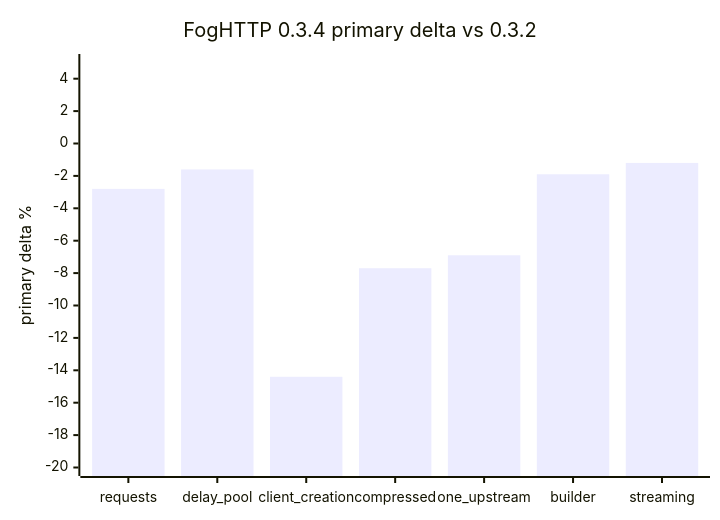
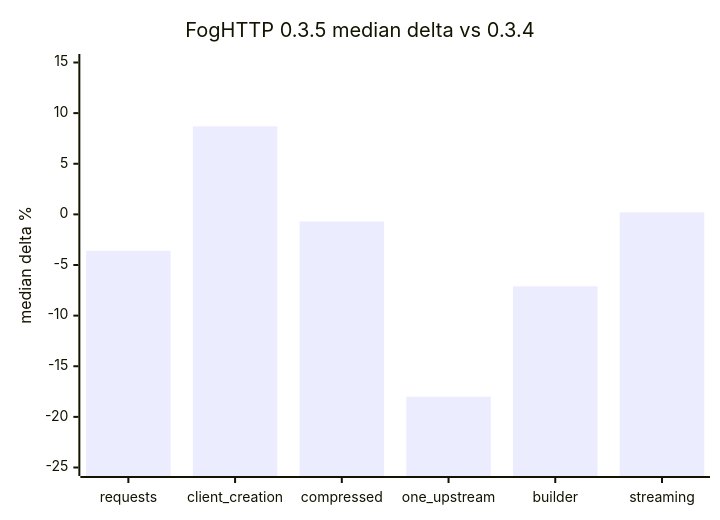
One commit to AmberFog/foghttp changed the first of 2 diagrams in docs/benchmarks.md. Above: the diagram before and after it, drawn with Mermaid. The commit also changed other lines of this file, not shown here.

````diff
--- a/docs/benchmarks.md
+++ b/docs/benchmarks.md
@@ -84,7 +83,7 @@
 ```mermaid
 xychart-beta
-    title "FogHTTP 0.3.4 primary delta vs 0.3.2"
-    x-axis [requests, delay_pool, client_creation, compressed, one_upstream, builder, streaming]
-    y-axis "primary delta %" -20 --> 5
-    bar [-2.8, -1.6, -14.4, -7.7, -6.9, -1.9, -1.2]
+    title "FogHTTP 0.3.5 median delta vs 0.3.4"
+    x-axis [requests, client_creation, compressed, one_upstream, builder, streaming]
+    y-axis "median delta %" -25 --> 15
+    bar [-3.6, 8.7, -0.7, -18.0, -7.1, 0.2]
 ```
````
